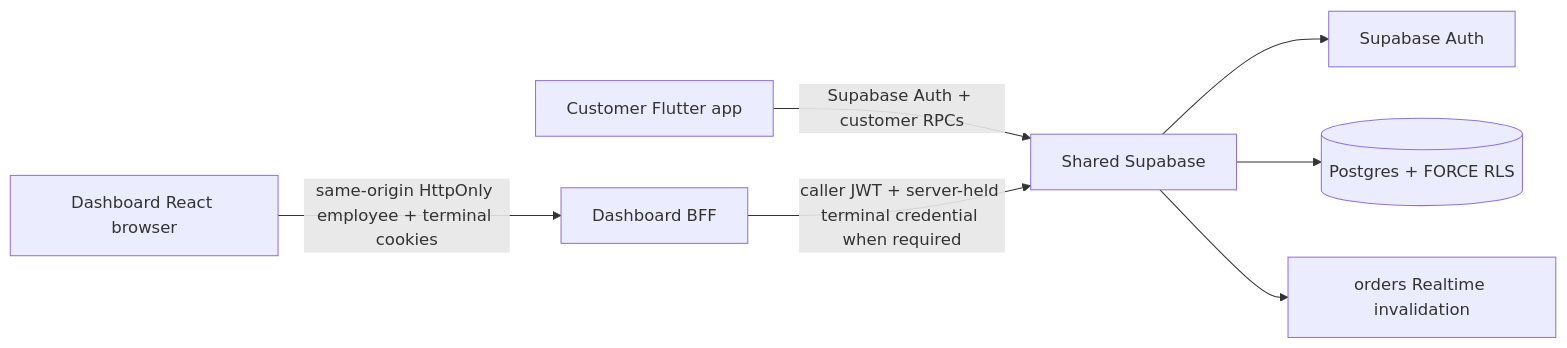
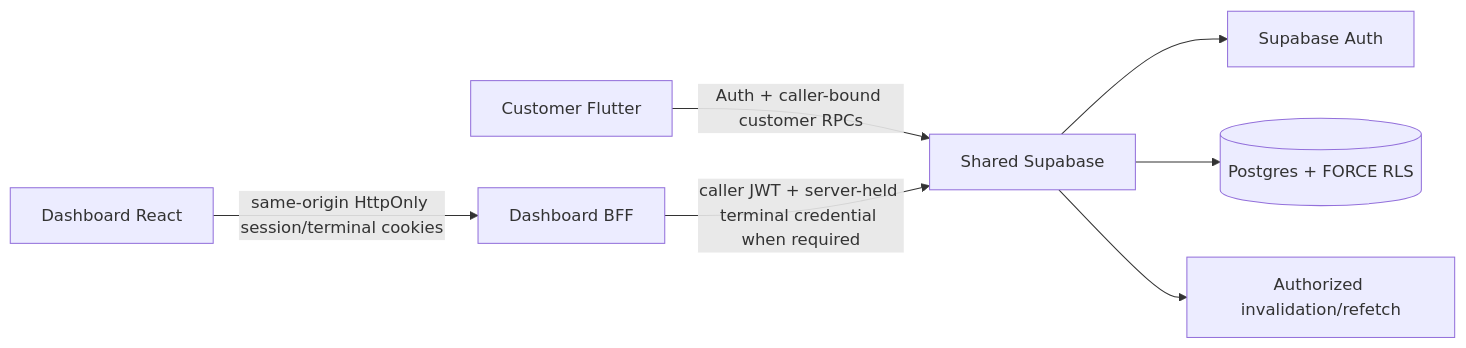
Before and after one commit to Hermann-33/Aida_System-Dashboard: the diagram in docs/context/ARCHITECTURE.md, drawn with Mermaid. The commit also changed other lines of this file and 17 other files, not shown here.

````diff
--- a/docs/context/ARCHITECTURE.md
+++ b/docs/context/ARCHITECTURE.md
@@ -7,9 +7,9 @@
 ```mermaid
 flowchart LR
-  C[Customer Flutter app] -->|Supabase Auth + customer RPCs| S[Shared Supabase]
-  D[Dashboard React browser] -->|same-origin HttpOnly employee + terminal cookies| B[Dashboard BFF]
+  C[Customer Flutter] -->|Auth + caller-bound customer RPCs| S[Shared Supabase]
+  D[Dashboard React] -->|same-origin HttpOnly session/terminal cookies| B[Dashboard BFF]
   B -->|caller JWT + server-held terminal credential when required| S
   S --> A[Supabase Auth]
   S --> P[(Postgres + FORCE RLS)]
-  S --> OR[orders Realtime invalidation]
+  S --> R[Authorized invalidation/refetch]
 ```
````
